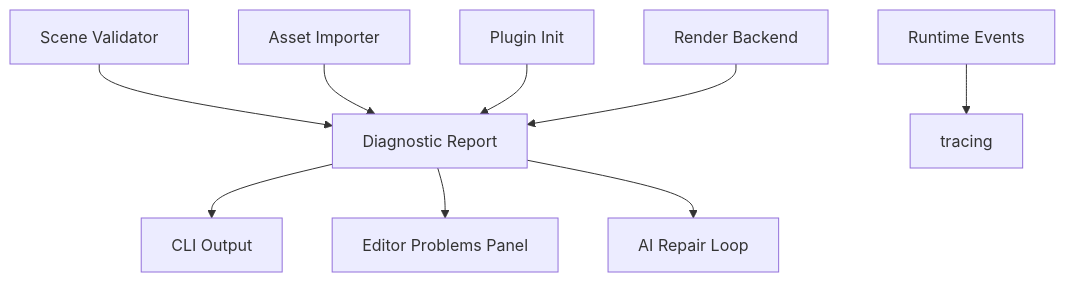
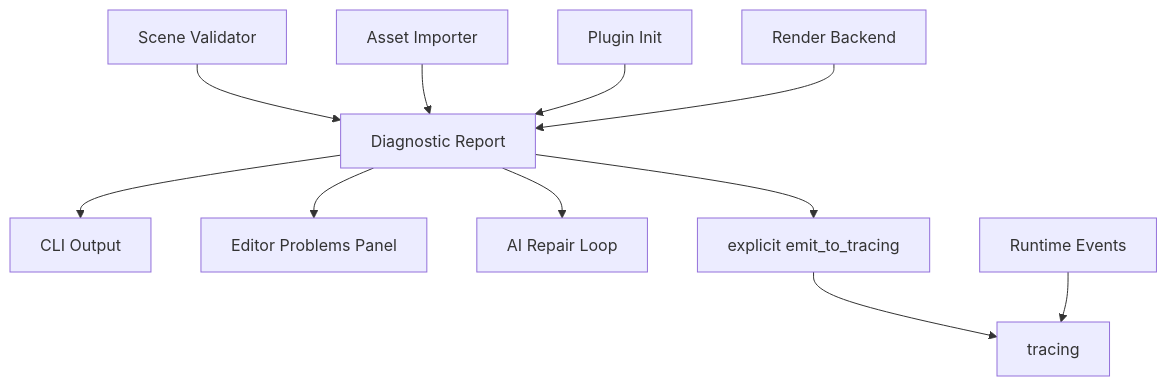
Before and after one commit to Latias94/nara: the diagram in docs/architecture/adr/0009-diagnostics-errors-and-logging.md, drawn with Mermaid. The commit also changed other lines of this file and 12 other files, not shown here.

Commit message:
docs(architecture): record foundation hardening contracts

````diff
--- a/docs/architecture/adr/0009-diagnostics-errors-and-logging.md
+++ b/docs/architecture/adr/0009-diagnostics-errors-and-logging.md
@@ -23,11 +26,13 @@
 ```mermaid
 flowchart TD
     Scene[Scene Validator] --> Diagnostics[Diagnostic Report]
     Asset[Asset Importer] --> Diagnostics
     Plugin[Plugin Init] --> Diagnostics
     Renderer[Render Backend] --> Diagnostics
     Diagnostics --> CLI[CLI Output]
     Diagnostics --> Editor[Editor Problems Panel]
     Diagnostics --> AI[AI Repair Loop]
+    Diagnostics --> TraceBridge[explicit emit_to_tracing]
+    TraceBridge --> Tracing[tracing]
     Runtime[Runtime Events] --> Tracing[tracing]
 ```
````
